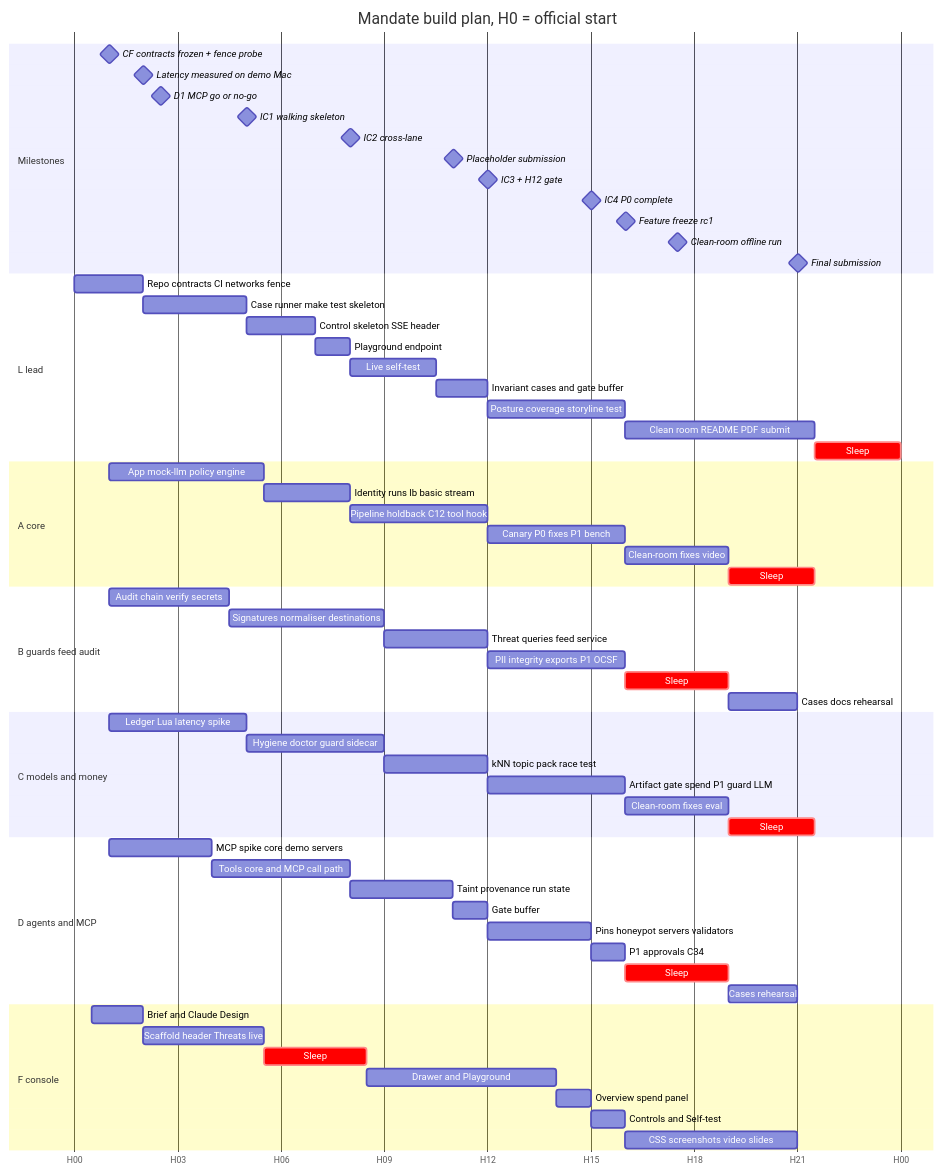
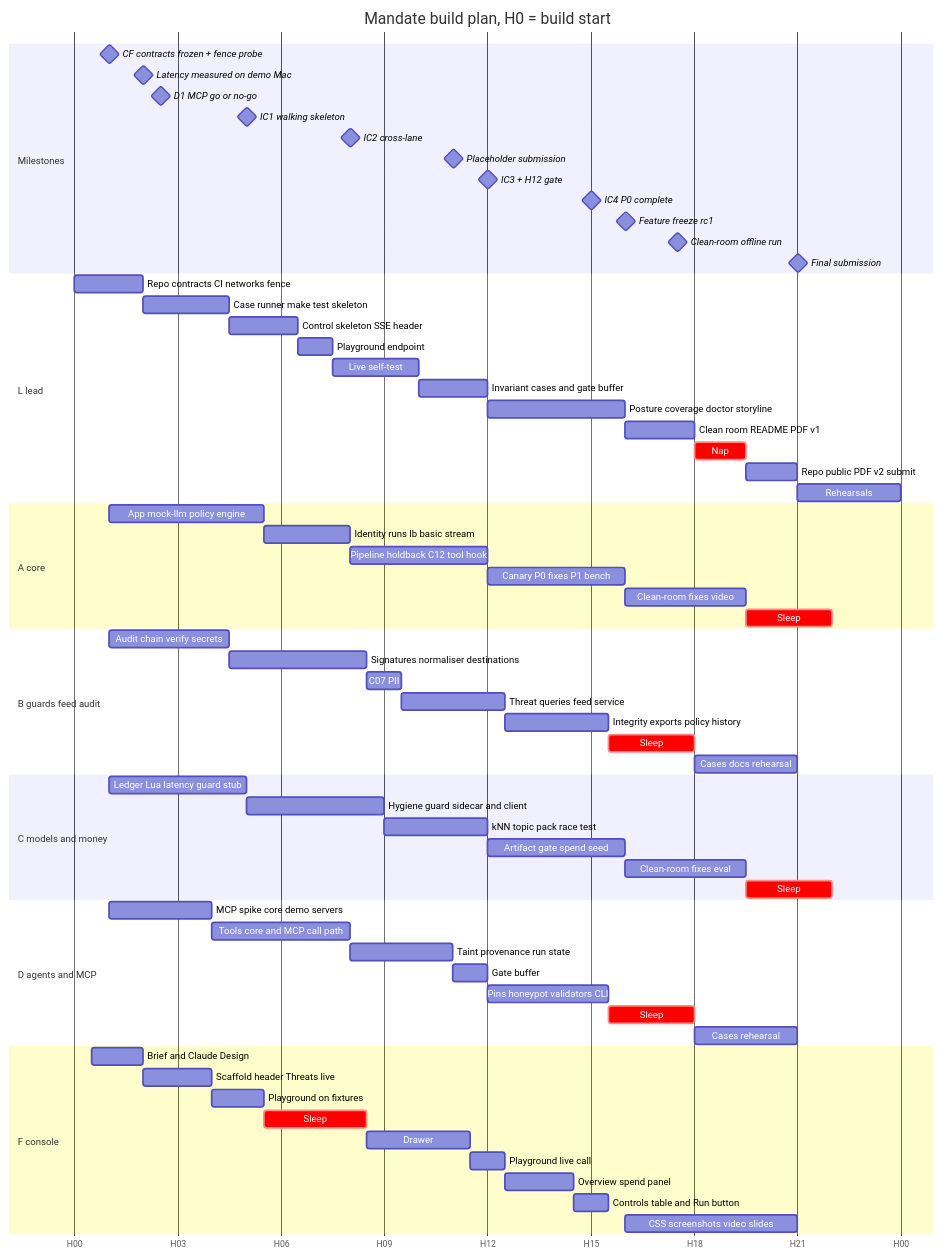
Before and after one commit to damianlech/HackYeah26: the diagram in diagrams/src/timeline-gantt.mmd, drawn with Mermaid. The commit also changed 8 other files, not shown here.

First line of the commit message:
Re-render v1.1 diagrams; README and briefing: prototypes, P0-lite plan, widened never-cut list, beat 8-lite

```diff
--- a/diagrams/src/timeline-gantt.mmd
+++ b/diagrams/src/timeline-gantt.mmd
@@ -1,65 +1,69 @@
 gantt
-  title Mandate build plan, H0 = official start
+  title Mandate build plan, H0 = build start
   dateFormat HH:mm
   axisFormat H%H
   todayMarker off
   section Milestones
   CF contracts frozen + fence probe   :milestone, m0, 01:00, 2m
   Latency measured on demo Mac        :milestone, m1, 02:00, 2m
   D1 MCP go or no-go                  :milestone, m2, 02:30, 2m
   IC1 walking skeleton                :milestone, m3, 05:00, 2m
   IC2 cross-lane                      :milestone, m4, 08:00, 2m
   Placeholder submission              :milestone, m5, 11:00, 2m
   IC3 + H12 gate                      :milestone, m6, 12:00, 2m
   IC4 P0 complete                     :milestone, m7, 15:00, 2m
   Feature freeze rc1                  :milestone, m8, 16:00, 2m
   Clean-room offline run              :milestone, m9, 17:30, 2m
   Final submission                    :milestone, m10, 21:00, 2m
   section L lead
   Repo contracts CI networks fence    :l1, 00:00, 120m
-  Case runner make test skeleton      :l2, 02:00, 180m
-  Control skeleton SSE header         :l3, 05:00, 120m
-  Playground endpoint                 :l7, 07:00, 60m
-  Live self-test                      :l5, 08:00, 150m
-  Invariant cases and gate buffer     :l4, 10:30, 90m
-  Posture coverage storyline test     :l6, 12:00, 240m
-  Clean room README PDF submit        :l9, 16:00, 330m
-  Sleep                               :crit, ls, 21:30, 150m
+  Case runner make test skeleton      :l2, 02:00, 150m
+  Control skeleton SSE header         :l3, 04:30, 120m
+  Playground endpoint                 :l7, 06:30, 60m
+  Live self-test                      :l5, 07:30, 150m
+  Invariant cases and gate buffer     :l4, 10:00, 120m
+  Posture coverage doctor storyline   :l6, 12:00, 240m
+  Clean room README PDF v1            :l9, 16:00, 120m
+  Nap                                 :crit, ls, 18:00, 90m
+  Repo public PDF v2 submit           :l10, 19:30, 90m
+  Rehearsals                          :l11, 21:00, 180m
   section A core
   App mock-llm policy engine          :a1, 01:00, 270m
   Identity runs lb basic stream       :a3, 05:30, 150m
   Pipeline holdback C12 tool hook     :a5, 08:00, 240m
   Canary P0 fixes P1 bench            :a7, 12:00, 240m
-  Clean-room fixes video              :a8, 16:00, 180m
-  Sleep                               :crit, as, 19:00, 150m
+  Clean-room fixes video              :a8, 16:00, 210m
+  Sleep                               :crit, as, 19:30, 150m
   section B guards feed audit
   Audit chain verify secrets          :b1, 01:00, 210m
-  Signatures normaliser destinations  :b3, 04:30, 270m
-  Threat queries feed service         :b5, 09:00, 180m
-  PII integrity exports P1 OCSF       :b6, 12:00, 240m
-  Sleep                               :crit, bs, 16:00, 180m
-  Cases docs rehearsal                :b8, 19:00, 120m
+  Signatures normaliser destinations  :b3, 04:30, 240m
+  C07 PII                             :b6, 08:30, 60m
+  Threat queries feed service         :b5, 09:30, 180m
+  Integrity exports policy history    :b7, 12:30, 180m
+  Sleep                               :crit, bs, 15:30, 150m
+  Cases docs rehearsal                :b8, 18:00, 180m
   section C models and money
-  Ledger Lua latency spike            :c1, 01:00, 240m
-  Hygiene doctor guard sidecar        :c2, 05:00, 240m
+  Ledger Lua latency guard stub       :c1, 01:00, 240m
+  Hygiene guard sidecar and client    :c2, 05:00, 240m
   kNN topic pack race test            :c4, 09:00, 180m
-  Artifact gate spend P1 guard LLM    :c5, 12:00, 240m
-  Clean-room fixes eval               :c7, 16:00, 180m
-  Sleep                               :crit, cs, 19:00, 150m
+  Artifact gate spend seed            :c5, 12:00, 240m
+  Clean-room fixes eval               :c7, 16:00, 210m
+  Sleep                               :crit, cs, 19:30, 150m
   section D agents and MCP
   MCP spike core demo servers         :d1, 01:00, 180m
   Tools core and MCP call path        :d3, 04:00, 240m
   Taint provenance run state          :d4, 08:00, 180m
   Gate buffer                         :d9, 11:00, 60m
-  Pins honeypot servers validators    :d5, 12:00, 180m
-  P1 approvals C34                    :d6, 15:00, 60m
-  Sleep                               :crit, ds, 16:00, 180m
-  Cases rehearsal                     :d8, 19:00, 120m
+  Pins honeypot validators CLI        :d5, 12:00, 210m
+  Sleep                               :crit, ds, 15:30, 150m
+  Cases rehearsal                     :d8, 18:00, 180m
   section F console
   Brief and Claude Design             :f1, 00:30, 90m
-  Scaffold header Threats live        :f2, 02:00, 210m
+  Scaffold header Threats live        :f2, 02:00, 120m
+  Playground on fixtures              :f5, 04:00, 90m
   Sleep                               :crit, fs, 05:30, 180m
-  Drawer and Playground               :f3, 08:30, 330m
-  Overview spend panel                :f6, 14:00, 60m
-  Controls and Self-test              :f7, 15:00, 60m
+  Drawer                              :f3, 08:30, 180m
+  Playground live call                :f5b, 11:30, 60m
+  Overview spend panel                :f6, 12:30, 120m
+  Controls table and Run button       :f7, 14:30, 60m
   CSS screenshots video slides        :f8, 16:00, 300m
```
